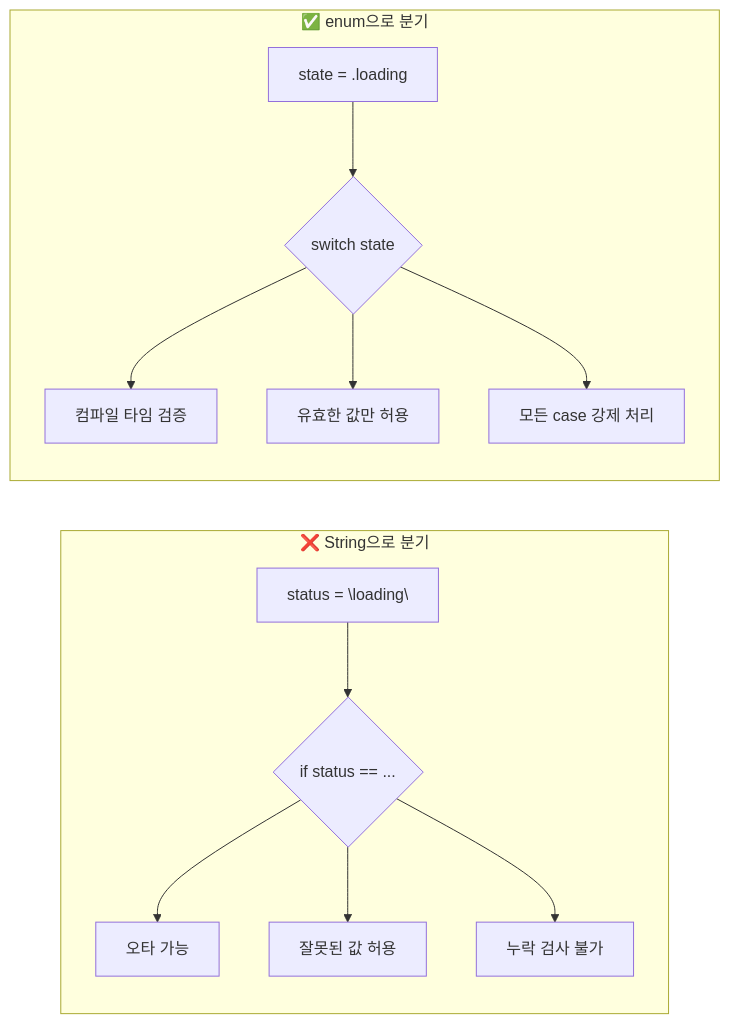
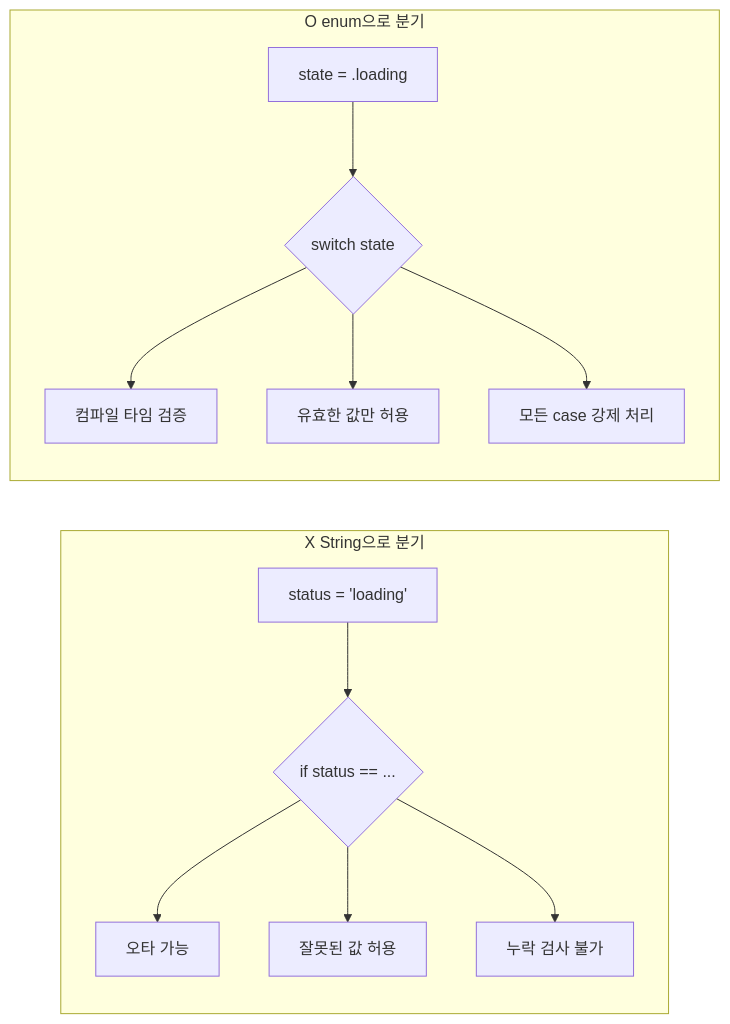
One commit to jsonpassion/forge-tutorial-swift changed the first of 4 diagrams in 02-swift-types/04-enums-pattern.md. Above: the diagram before and after it, drawn with Mermaid. The commit also changed other lines of this file and 69 other files, not shown here.

````diff
--- a/02-swift-types/04-enums-pattern.md
+++ b/02-swift-types/04-enums-pattern.md
@@ -20,15 +20,15 @@
 ```mermaid
 flowchart LR
-    subgraph 위험["❌ String으로 분기"]
-        A1["status = \"loading\""] --> B1{"if status == ..."}
+    subgraph 위험["X String으로 분기"]
+        A1["status = 'loading'"] --> B1{"if status == ..."}
         B1 --> C1["오타 가능"]
         B1 --> D1["잘못된 값 허용"]
         B1 --> E1["누락 검사 불가"]
     end
-    subgraph 안전["✅ enum으로 분기"]
+    subgraph 안전["O enum으로 분기"]
         A2["state = .loading"] --> B2{"switch state"}
         B2 --> C2["컴파일 타임 검증"]
         B2 --> D2["유효한 값만 허용"]
         B2 --> E2["모든 case 강제 처리"]
     end
 ```
````
